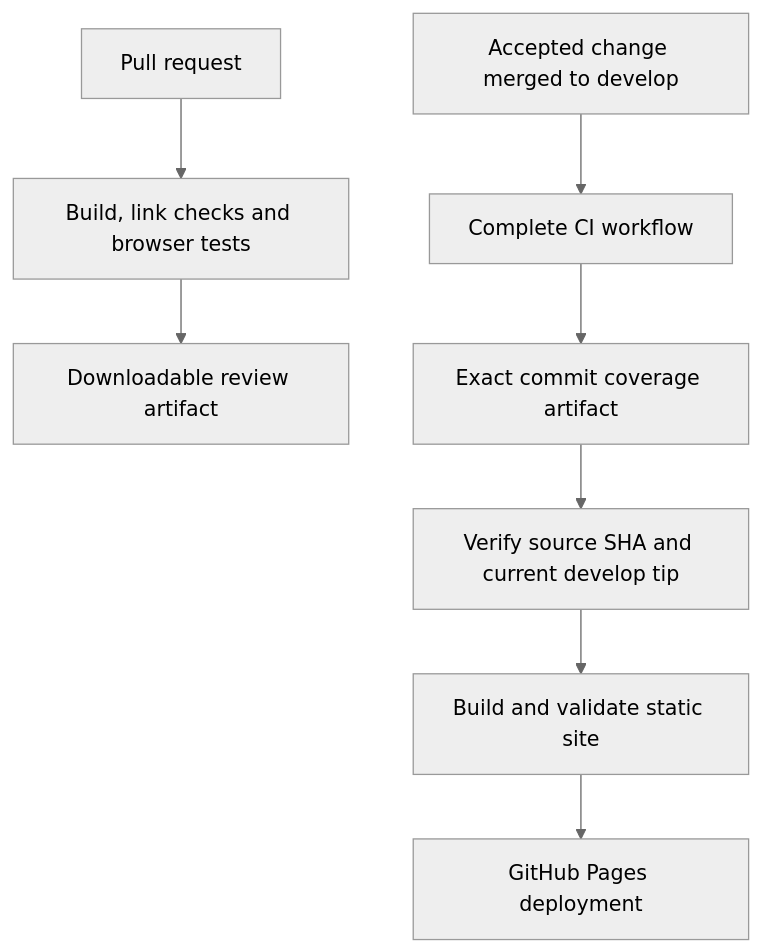
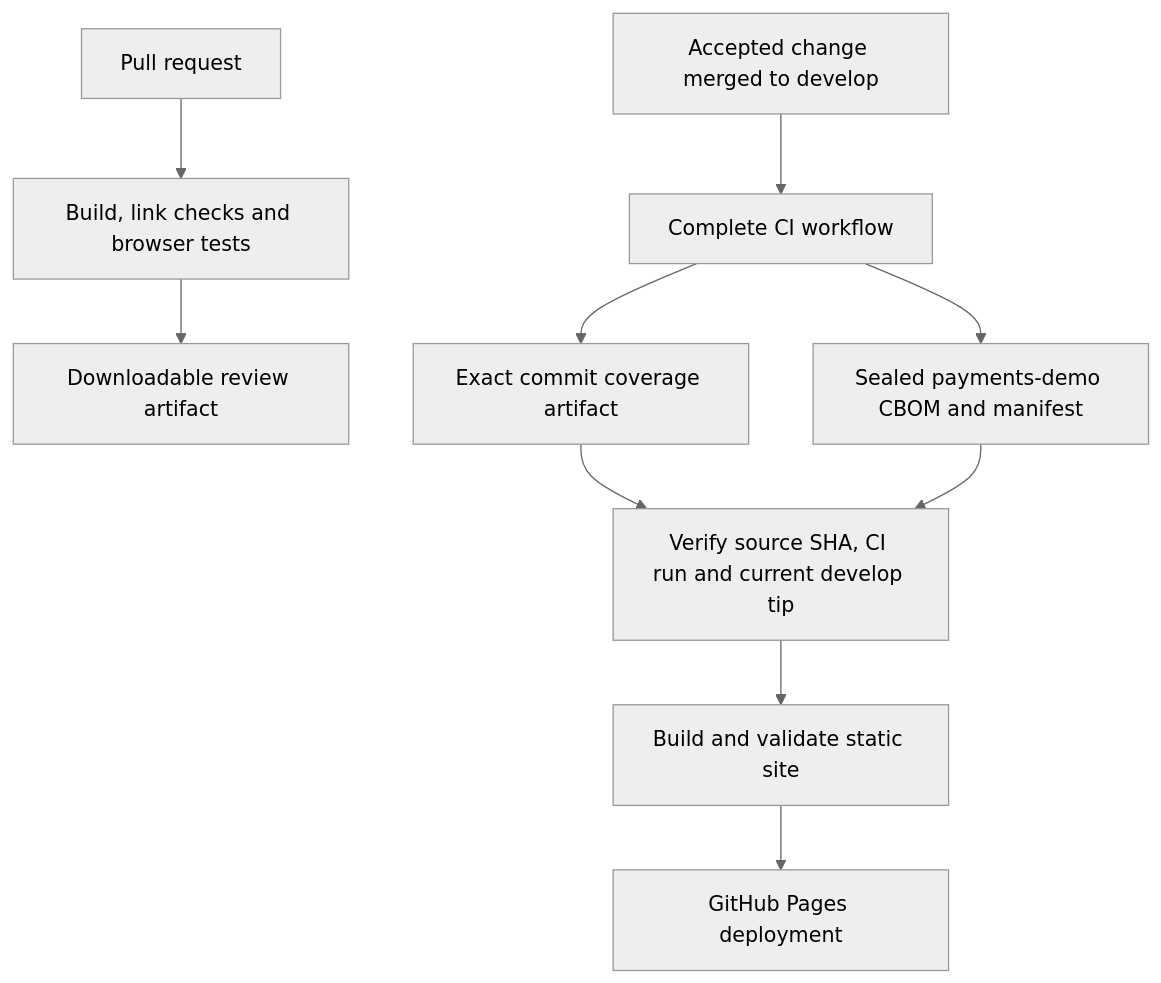
One commit to DevelopmentSprint/crypto-census changed the diagram in docs/reference/documentation.md. Above: the diagram before and after it, drawn with Mermaid (neutral theme). The commit also changed other lines of this file and 14 other files, not shown here.

````diff
--- a/docs/reference/documentation.md
+++ b/docs/reference/documentation.md
@@ -67,10 +68,12 @@
 ```mermaid
 flowchart TD
   PR[Pull request] --> Review[Build, link checks and browser tests]
   Review --> Preview[Downloadable review artifact]
   Accepted[Accepted change merged to develop] --> CI[Complete CI workflow]
   CI --> Coverage[Exact commit coverage artifact]
-  Coverage --> Match[Verify source SHA and current develop tip]
+  CI --> CBOM[Sealed payments-demo CBOM and manifest]
+  Coverage --> Match[Verify source SHA, CI run and current develop tip]
+  CBOM --> Match
   Match --> Build[Build and validate static site]
   Build --> Pages[GitHub Pages deployment]
 ```
````
